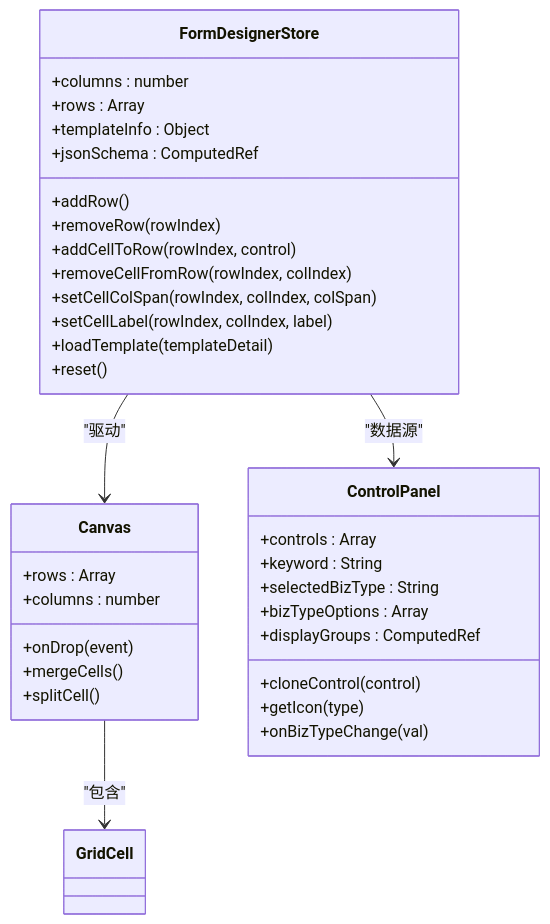
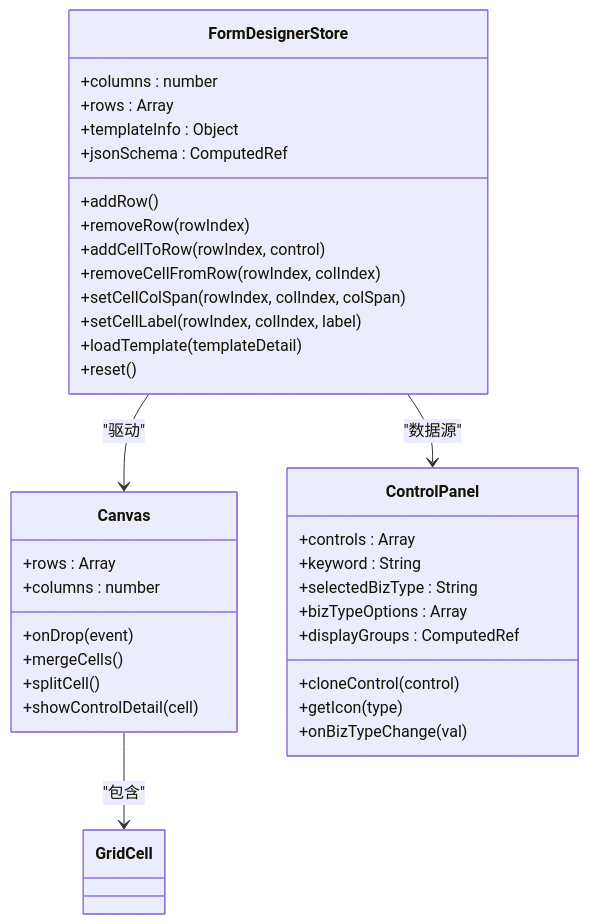
Before and after one commit to NJMrLi/genetics: the seventh of 11 diagrams in .qoder/repowiki/zh/content/前端架构设计/拖拽式表单设计器.md, drawn with Mermaid. The commit also changed other lines of this file and 32 other files, not shown here.

````diff
--- a/.qoder/repowiki/zh/content/前端架构设计/拖拽式表单设计器.md
+++ b/.qoder/repowiki/zh/content/前端架构设计/拖拽式表单设计器.md
@@ -306,37 +330,38 @@
 ```mermaid
 classDiagram
 class FormDesignerStore {
 +columns : number
 +rows : Array
 +templateInfo : Object
 +jsonSchema : ComputedRef
 +addRow()
 +removeRow(rowIndex)
 +addCellToRow(rowIndex, control)
 +removeCellFromRow(rowIndex, colIndex)
 +setCellColSpan(rowIndex, colIndex, colSpan)
 +setCellLabel(rowIndex, colIndex, label)
 +loadTemplate(templateDetail)
 +reset()
 }
 class Canvas {
 +rows : Array
 +columns : number
 +onDrop(event)
 +mergeCells()
 +splitCell()
++showControlDetail(cell)
 }
 class ControlPanel {
 +controls : Array
 +keyword : String
 +selectedBizType : String
 +bizTypeOptions : Array
 +displayGroups : ComputedRef
 +cloneControl(control)
 +getIcon(type)
 +onBizTypeChange(val)
 }
 FormDesignerStore --> Canvas : "驱动"
 FormDesignerStore --> ControlPanel : "数据源"
 Canvas --> GridCell : "包含"
 ```
````
